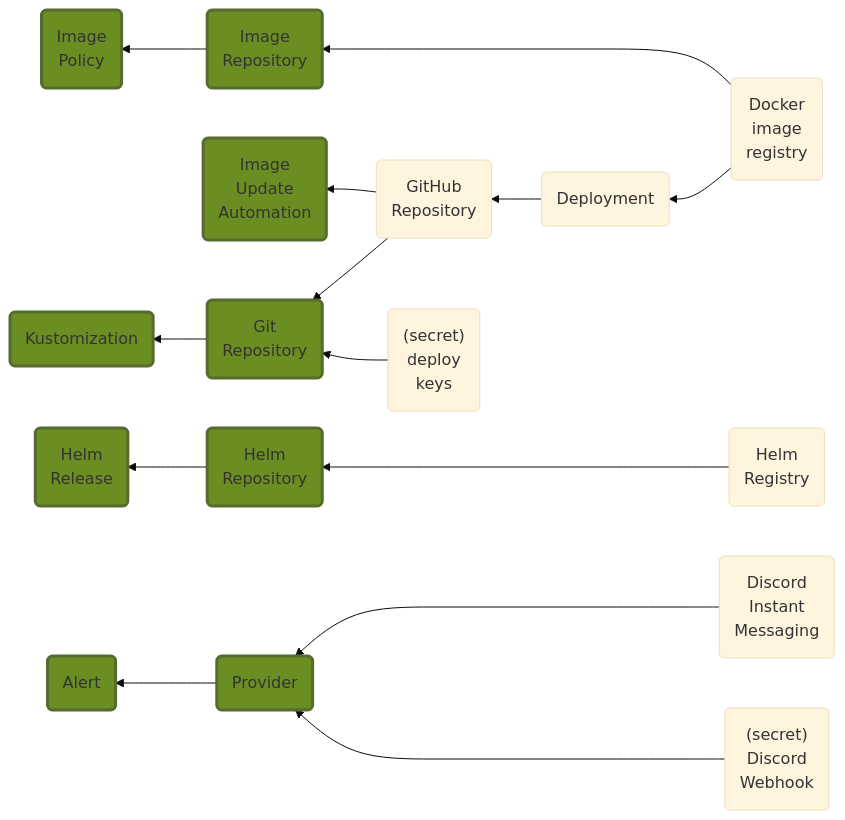
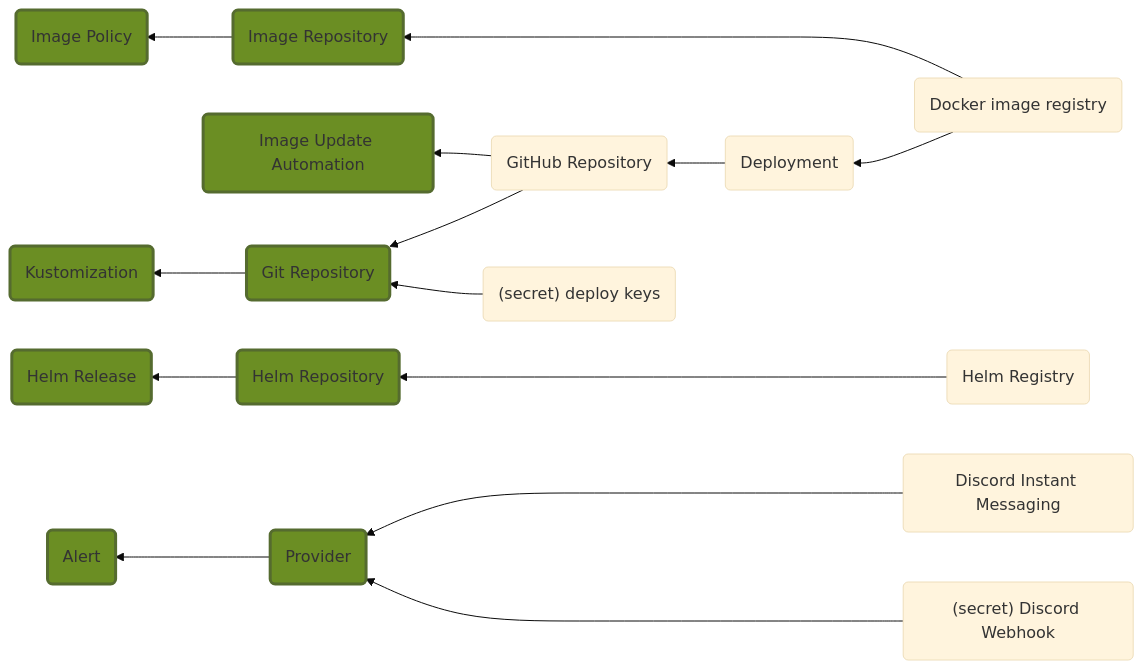
Before and after one commit to papafrancky/papafrancky.github.io: the second of 2 diagrams in docs/FluxCD/FluxCD_demonstration_par_l_exemple.md, drawn with Mermaid (base theme). The commit also changed other lines of this file and 4 other files, not shown here.

````diff
--- a/docs/FluxCD/FluxCD_demonstration_par_l_exemple.md
+++ b/docs/FluxCD/FluxCD_demonstration_par_l_exemple.md
@@ -257,37 +298,37 @@
 ``` mermaid
 graph RL
 
-ImagePolicy("Image\nPolicy")
-ImageRepository("Image\nRepository")
-ImageRegistry("Docker\nimage\nregistry")
+ImagePolicy("Image Policy")
+ImageRepository("Image Repository")
+ImageRegistry("Docker image registry")
 Deployment("Deployment")
-ImageUpdateAutomation("Image\nUpdate\nAutomation")
-GithubRepository("GitHub\nRepository")
+ImageUpdateAutomation("Image Update Automation")
+GithubRepository("GitHub Repository")
 Kustomization("Kustomization")
-GitRepository("Git\nRepository")
-DeployKeys("(secret)\ndeploy\nkeys")
-HelmRelease("Helm\nRelease")
-HelmRepository("Helm\nRepository")
-HelmRegistry("Helm\nRegistry")
+GitRepository("Git Repository")
+DeployKeys("(secret) deploy keys")
+HelmRelease("Helm Release")
+HelmRepository("Helm Repository")
+HelmRegistry("Helm Registry")
 Alert("Alert")
 Provider("Provider")
-InstantMessaging("Discord\nInstant\nMessaging")
-Webhook("(secret)\nDiscord\nWebhook")
+InstantMessaging("Discord Instant Messaging")
+Webhook("(secret) Discord Webhook")
 
 classDef FluxCDObject fill:olivedrab,stroke:darkolivegreen,stroke-width:3px;
 class ImagePolicy,ImageRepository,ImageUpdateAutomation,Kustomization,GitRepository,HelmRelease,HelmRepository,Alert,Provider FluxCDObject
 
 ImageRegistry ----> ImageRepository
 ImageRegistry --> Deployment
 ImageRepository --> ImagePolicy
 Deployment --> GithubRepository
 GithubRepository --> ImageUpdateAutomation & GitRepository
 DeployKeys --> GitRepository
 GitRepository --> Kustomization
 
 HelmRepository --> HelmRelease
 HelmRegistry ----> HelmRepository
 
 InstantMessaging & Webhook ----> Provider
 Provider --> Alert
 ```
````
